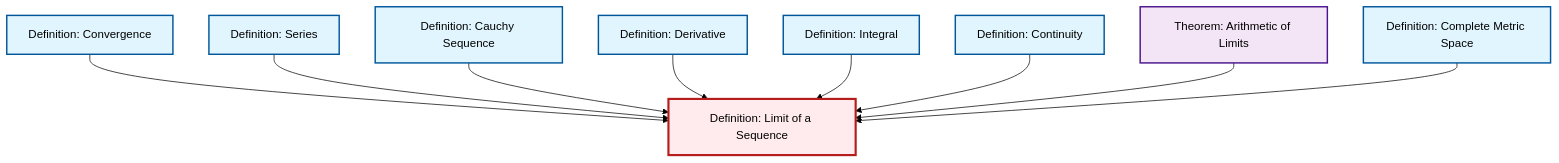
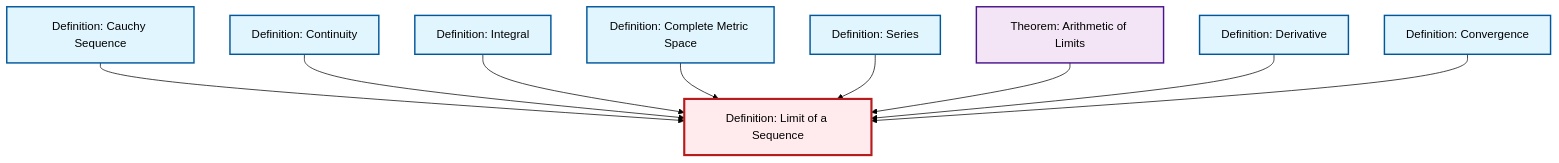
Before and after one commit to RK0429/ModernMath: the diagram in content/ja/analysis/def-limit.qmd, drawn with Mermaid (forest theme). The commit also changed other lines of this file and 554 other files, not shown here.

````diff
--- a/content/ja/analysis/def-limit.qmd
+++ b/content/ja/analysis/def-limit.qmd
@@ -49,35 +49,35 @@
 ```{mermaid}
 %%| fig-cap: "Local dependency graph"
 graph TD
     classDef definition fill:#e1f5fe,stroke:#01579b,stroke-width:2px
     classDef theorem fill:#f3e5f5,stroke:#4a148c,stroke-width:2px
     classDef axiom fill:#fff3e0,stroke:#e65100,stroke-width:2px
     classDef example fill:#e8f5e9,stroke:#1b5e20,stroke-width:2px
     classDef current fill:#ffebee,stroke:#b71c1c,stroke-width:3px
-    def-continuity["Definition: Continuity"]:::definition
-    def-integral["Definition: Integral"]:::definition
-    def-series["Definition: Series"]:::definition
-    def-limit["Definition: Limit of a Sequence"]:::definition
-    def-derivative["Definition: Derivative"]:::definition
-    def-convergence["Definition: Convergence"]:::definition
     def-cauchy-sequence["Definition: Cauchy Sequence"]:::definition
     thm-limit-arithmetic["Theorem: Arithmetic of Limits"]:::theorem
+    def-continuity["Definition: Continuity"]:::definition
     def-complete-metric-space["Definition: Complete Metric Space"]:::definition
+    def-series["Definition: Series"]:::definition
+    def-integral["Definition: Integral"]:::definition
+    def-limit["Definition: Limit of a Sequence"]:::definition
+    def-convergence["Definition: Convergence"]:::definition
+    def-derivative["Definition: Derivative"]:::definition
+    def-cauchy-sequence --> def-limit
+    def-continuity --> def-limit
+    def-integral --> def-limit
+    def-complete-metric-space --> def-limit
+    def-series --> def-limit
+    thm-limit-arithmetic --> def-limit
+    def-derivative --> def-limit
     def-convergence --> def-limit
-    def-series --> def-limit
-    def-cauchy-sequence --> def-limit
-    def-derivative --> def-limit
-    def-integral --> def-limit
-    def-continuity --> def-limit
-    thm-limit-arithmetic --> def-limit
-    def-complete-metric-space --> def-limit
     class def-limit current
-    click def-continuity "def-continuity.html" "Definition: Continuityへ"
-    click def-integral "def-integral.html" "Definition: Integralへ"
-    click def-series "def-series.html" "Definition: Seriesへ"
-    click def-derivative "def-derivative.html" "Definition: Derivativeへ"
-    click def-convergence "def-convergence.html" "Definition: Convergenceへ"
     click def-cauchy-sequence "def-cauchy-sequence.html" "Definition: Cauchy Sequenceへ"
     click thm-limit-arithmetic "thm-limit-arithmetic.html" "Theorem: Arithmetic of Limitsへ"
+    click def-continuity "def-continuity.html" "Definition: Continuityへ"
     click def-complete-metric-space "def-complete-metric-space.html" "Definition: Complete Metric Spaceへ"
+    click def-series "def-series.html" "Definition: Seriesへ"
+    click def-integral "def-integral.html" "Definition: Integralへ"
+    click def-convergence "def-convergence.html" "Definition: Convergenceへ"
+    click def-derivative "def-derivative.html" "Definition: Derivativeへ"
 ```
````
